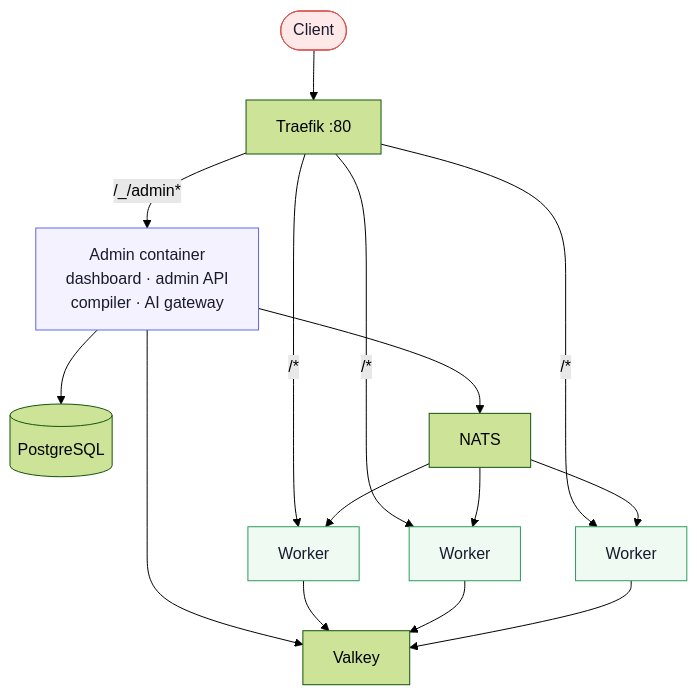
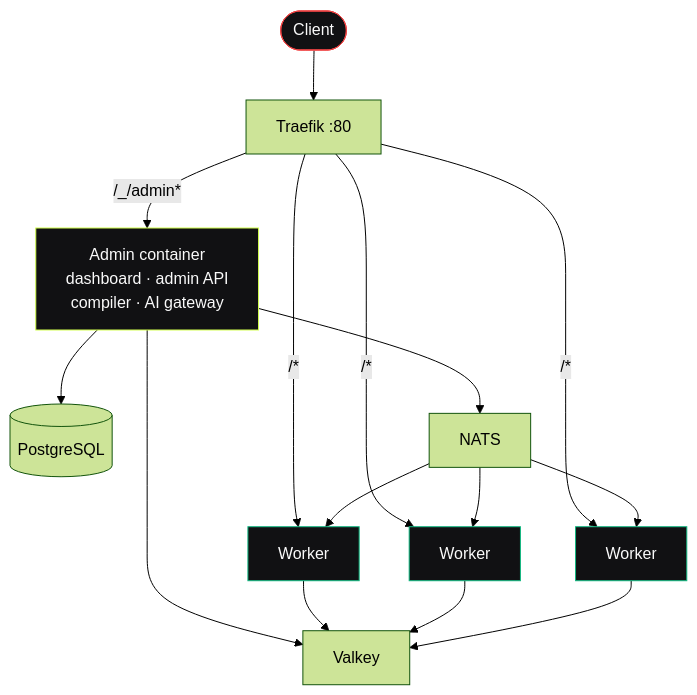
One commit to 07prajwal2000/Fluxify changed the second of 2 diagrams in docs/deployments/index.md. Above: the diagram before and after it, drawn with Mermaid (forest theme). The commit also changed other lines of this file and 44 other files, not shown here.

````diff
--- a/docs/deployments/index.md
+++ b/docs/deployments/index.md
@@ -76,17 +76,17 @@
 ```mermaid
 flowchart TB
     C(["Client"]) --> T["Traefik :80"]
     T -->|"/_/admin*"| A["Admin container<br/>dashboard · admin API<br/>compiler · AI gateway"]
     T -->|"/*"| W1["Worker"] & W2["Worker"] & W3["Worker"]
     A --> DB[("PostgreSQL")]
     A --> BUS["NATS"]
     BUS --> W1 & W2 & W3
     A --> R["Valkey"]
     W1 & W2 & W3 --> R
 
-    style C fill:#ffe8e8,stroke:#d9534f,color:#1a1a2e
-    style A fill:#f4f2ff,stroke:#5f67ee,color:#1a1a2e
-    style W1 fill:#eefaf2,stroke:#2b9d5b,color:#1a1a2e
-    style W2 fill:#eefaf2,stroke:#2b9d5b,color:#1a1a2e
-    style W3 fill:#eefaf2,stroke:#2b9d5b,color:#1a1a2e
+    style C fill:#111113,stroke:#EF4444,color:#FAFAFA
+    style A fill:#111113,stroke:#D2FF4D,color:#FAFAFA
+    style W1 fill:#111113,stroke:#10B981,color:#FAFAFA
+    style W2 fill:#111113,stroke:#10B981,color:#FAFAFA
+    style W3 fill:#111113,stroke:#10B981,color:#FAFAFA
 ```
````
